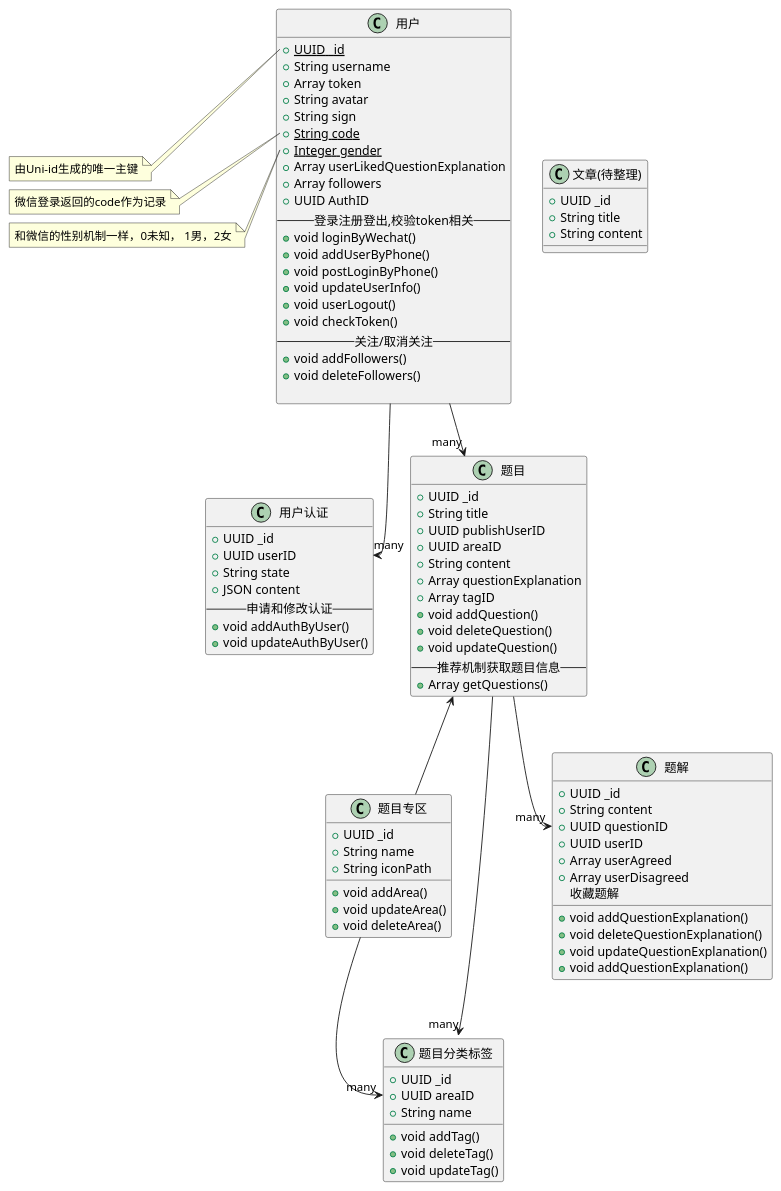
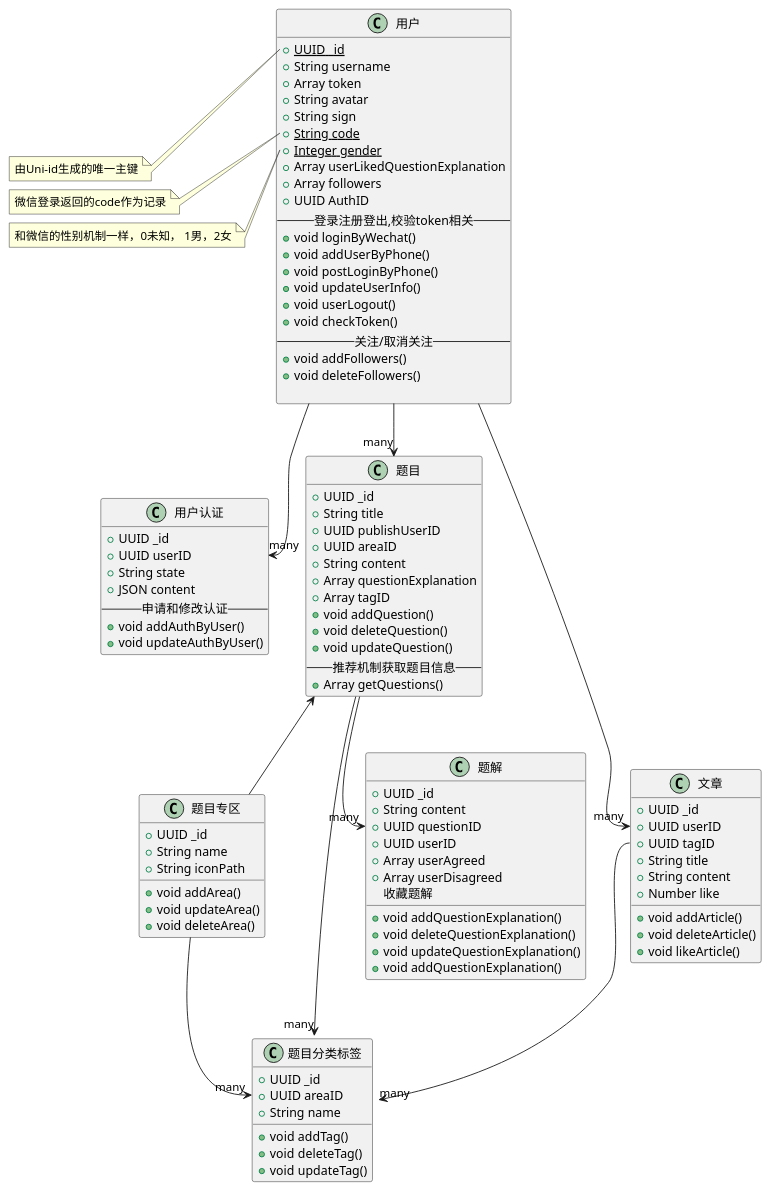
Before and after one commit to swordjs/app: the diagram in doc/db/core.puml, drawn with PlantUML. The commit also changed 6 other files, not shown here.

```diff
--- a/doc/db/core.puml
+++ b/doc/db/core.puml
@@ -1,100 +1,108 @@
 @startuml
 class 用户 {
     {static} +UUID _id
     +String username
     +Array token
     +String avatar
     +String sign
     {static} +String code
     {static} +Integer gender
     +Array userLikedQuestionExplanation
     +Array followers
     +UUID AuthID
     --登录注册登出,校验token相关--
     +void loginByWechat()
     +void addUserByPhone()
     +void postLoginByPhone()
     +void updateUserInfo()
     +void userLogout()
     +void checkToken()
     --关注/取消关注--
     +void addFollowers()
     +void deleteFollowers()
 
 }
 class 用户认证{
     +UUID _id
     +UUID userID
     +String state
     +JSON content
     --申请和修改认证--
     +void addAuthByUser()
     +void updateAuthByUser()
 }
 class 题目专区 {
     +UUID _id
     +String name
     +String iconPath
     +void addArea()
     +void updateArea()
     +void deleteArea()
 }
 class 题目分类标签{
     +UUID _id
     +UUID areaID
     +String name
     +void addTag()
     +void deleteTag()
     +void updateTag()
 }
 class 题目 {
     +UUID _id
     +String title
     +UUID publishUserID
     +UUID areaID
     +String content
     +Array questionExplanation
     +Array tagID
     +void addQuestion()
     +void deleteQuestion()
     +void updateQuestion()
     --推荐机制获取题目信息--
     +Array getQuestions()
 }
 class 题解{
     +UUID _id
     +String content
     +UUID questionID
     +UUID userID
     +Array userAgreed
     +Array userDisagreed
     +void addQuestionExplanation()
     +void deleteQuestionExplanation()
     +void updateQuestionExplanation()
      --收藏题解--
     +void addQuestionExplanation()
 }
 
 
-class 文章(待整理){
+class 文章{
     +UUID _id
+    +UUID userID
+    +UUID tagID
     +String title
     +String content
+    +Number like
+    +void addArticle()
+    +void deleteArticle()
+    +void likeArticle()
 }
 
 题目专区 --> "many" 题目分类标签::areaID
 用户 --> "many" 题目
 用户 --> "many" 用户认证::userID
+用户 --> "many" 文章::userID
+文章::tagID --> "many" 题目分类标签
 题目 --> "many" 题目分类标签
 题目 <-- 题目专区
 题目 --> "many" 题解::questionID
 note left of 用户::_id
 由Uni-id生成的唯一主键
 end note
 note left of 用户::code
 微信登录返回的code作为记录
 end note
 note left of 用户::gender
 和微信的性别机制一样，0未知， 1男，2女
 end note
 @enduml
```
